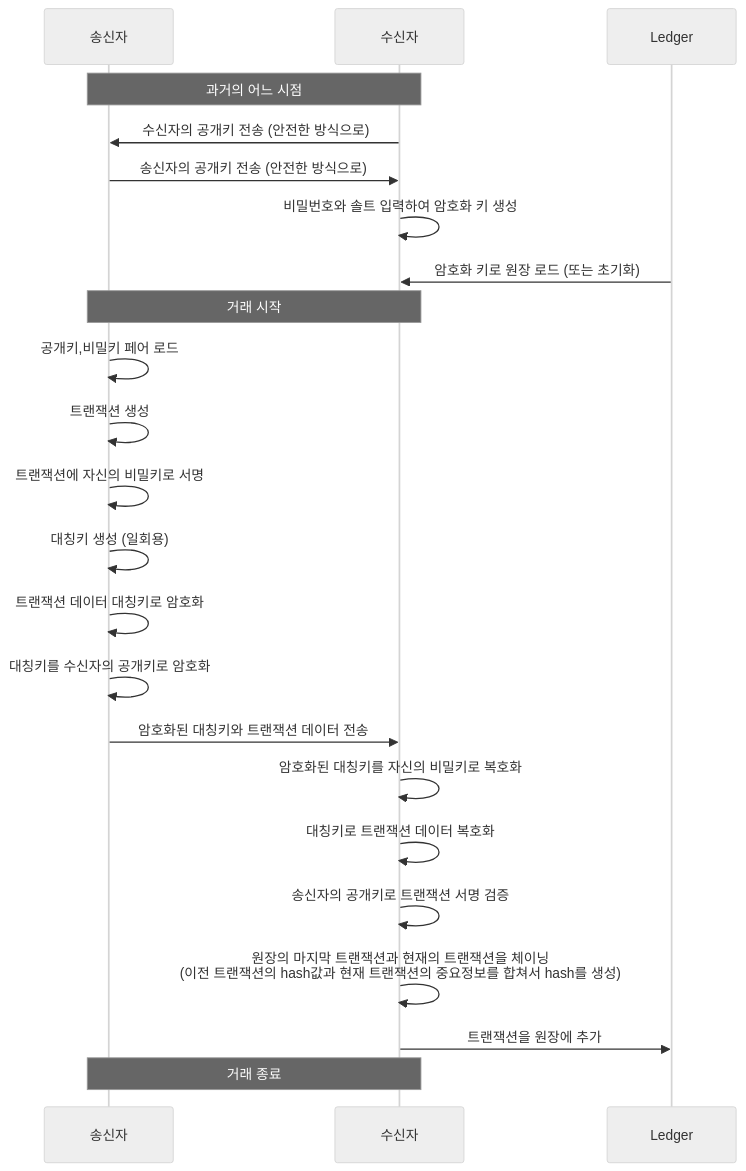
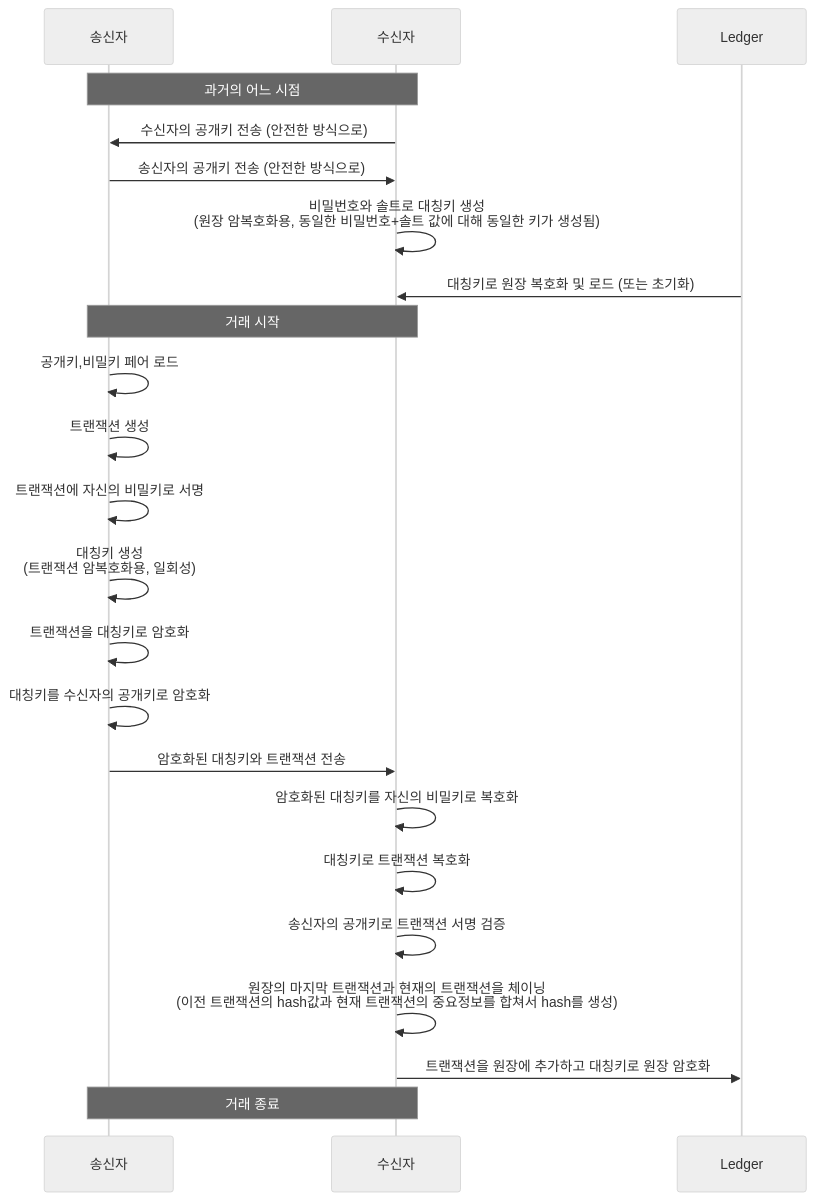
Before and after one commit to tanminkwan/blockchain: the first of 2 diagrams in README.md, drawn with Mermaid (neutral theme).

````diff
--- a/README.md
+++ b/README.md
@@ -2,25 +2,25 @@
 ```mermaid
 sequenceDiagram
     participant 송신자
     participant 수신자
     participant Ledger
     Note over 송신자,수신자: 과거의 어느 시점
     수신자->>송신자: 수신자의 공개키 전송 (안전한 방식으로)
     송신자->>수신자: 송신자의 공개키 전송 (안전한 방식으로)
-    수신자->>수신자: 비밀번호와 솔트 입력하여 암호화 키 생성
-    Ledger->>수신자: 암호화 키로 원장 로드 (또는 초기화)
+    수신자->>수신자: 비밀번호와 솔트로 대칭키 생성<br/>(원장 암복호화용, 동일한 비밀번호+솔트 값에 대해 동일한 키가 생성됨)
+    Ledger->>수신자: 대칭키로 원장 복호화 및 로드 (또는 초기화)
     Note over 송신자,수신자: 거래 시작
-    송신자->>송신자: 공개키,비밀키 페어 로드    
+    송신자->>송신자: 공개키,비밀키 페어 로드
     송신자->>송신자: 트랜잭션 생성
     송신자->>송신자: 트랜잭션에 자신의 비밀키로 서명
-    송신자->>송신자: 대칭키 생성 (일회용)
-    송신자->>송신자: 트랜잭션 데이터 대칭키로 암호화
+    송신자->>송신자: 대칭키 생성<br/>(트랜잭션 암복호화용, 일회성)
+    송신자->>송신자: 트랜잭션을 대칭키로 암호화
     송신자->>송신자: 대칭키를 수신자의 공개키로 암호화
-    송신자->>수신자: 암호화된 대칭키와 트랜잭션 데이터 전송
+    송신자->>수신자: 암호화된 대칭키와 트랜잭션 전송
     수신자->>수신자: 암호화된 대칭키를 자신의 비밀키로 복호화
-    수신자->>수신자: 대칭키로 트랜잭션 데이터 복호화
+    수신자->>수신자: 대칭키로 트랜잭션 복호화
     수신자->>수신자: 송신자의 공개키로 트랜잭션 서명 검증
     수신자->>수신자: 원장의 마지막 트랜잭션과 현재의 트랜잭션을 체이닝<br/>(이전 트랜잭션의 hash값과 현재 트랜잭션의 중요정보를 합쳐서 hash를 생성)
-    수신자->>Ledger: 트랜잭션을 원장에 추가
+    수신자->>Ledger: 트랜잭션을 원장에 추가하고 대칭키로 원장 암호화
     Note over 송신자,수신자: 거래 종료
 ```
````
